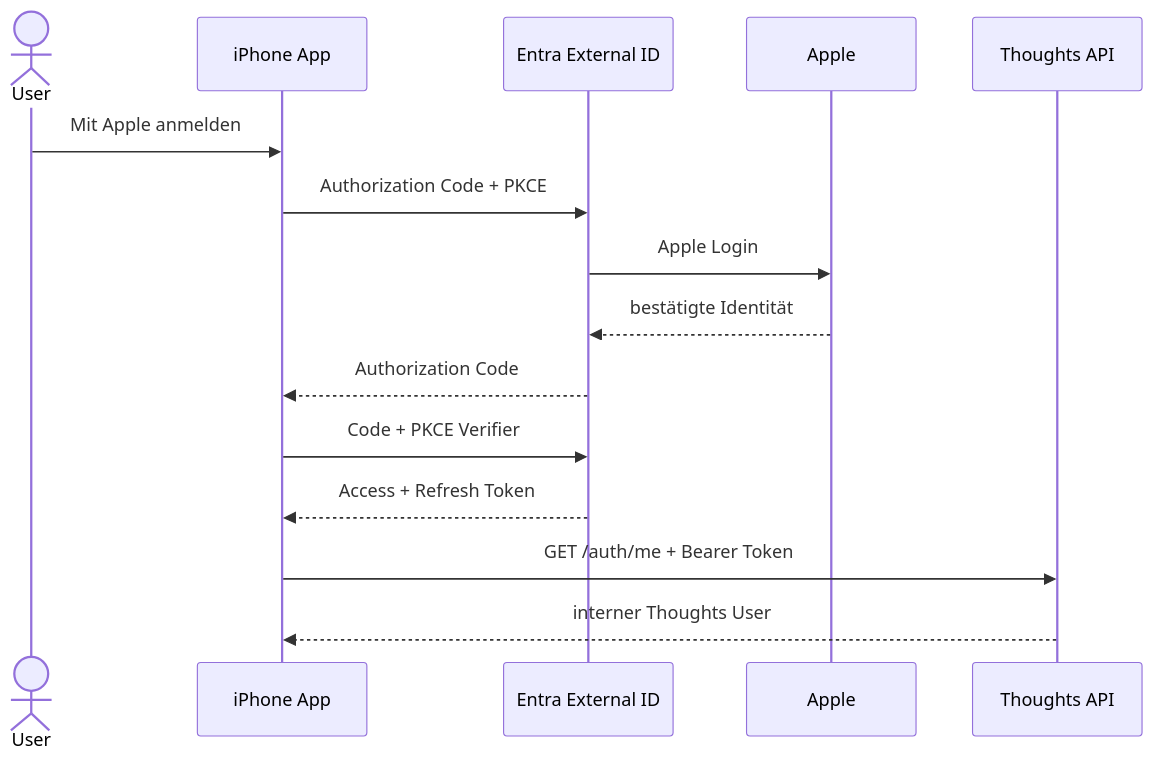
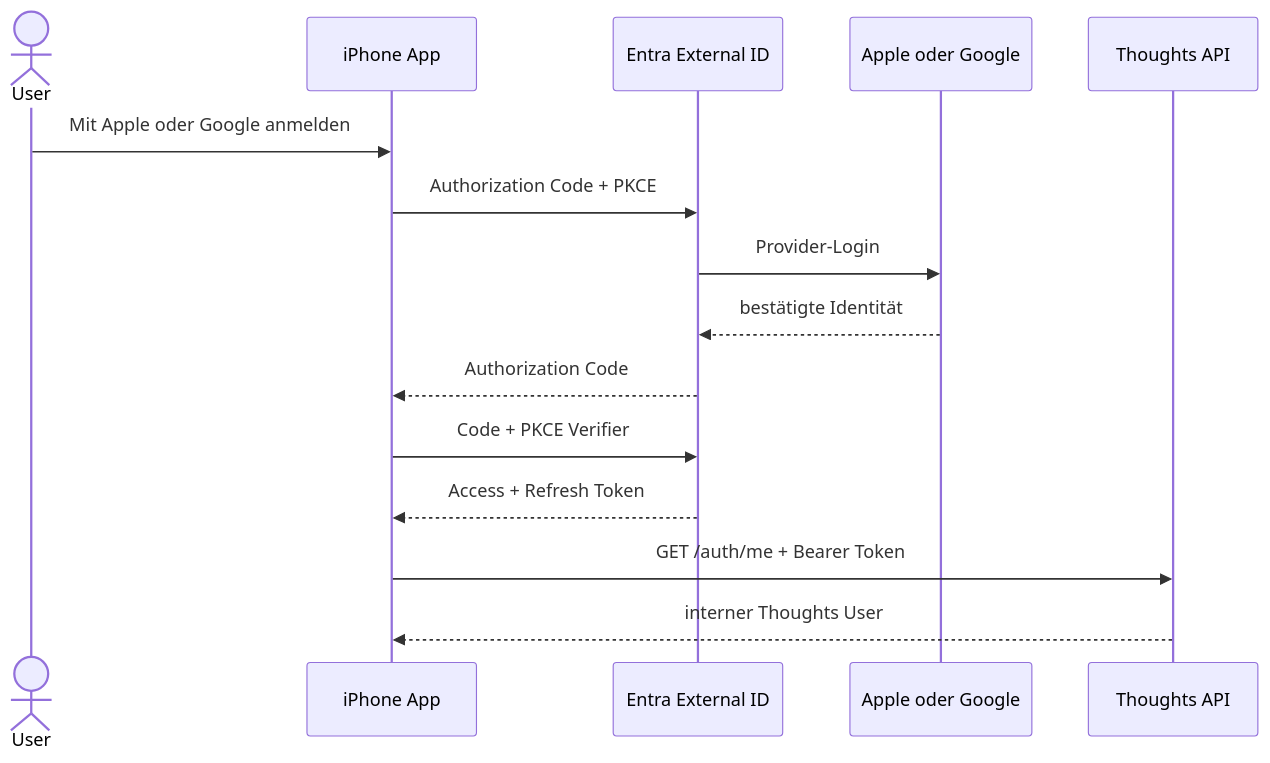
The diagram in artifacts/voice-recorder/docs/auth.md (hawkytawky/thoughts-app), drawn with Mermaid before and after one commit. The commit also changed other lines of this file and 3 other files, not shown here.

````diff
--- a/artifacts/voice-recorder/docs/auth.md
+++ b/artifacts/voice-recorder/docs/auth.md
@@ -11,18 +11,18 @@
 ```mermaid
 sequenceDiagram
     actor User
     participant App as iPhone App
     participant Entra as Entra External ID
-    participant Apple
+    participant Provider as Apple oder Google
     participant API as Thoughts API
 
-    User->>App: Mit Apple anmelden
+    User->>App: Mit Apple oder Google anmelden
     App->>Entra: Authorization Code + PKCE
-    Entra->>Apple: Apple Login
-    Apple-->>Entra: bestätigte Identität
+    Entra->>Provider: Provider-Login
+    Provider-->>Entra: bestätigte Identität
     Entra-->>App: Authorization Code
     App->>Entra: Code + PKCE Verifier
     Entra-->>App: Access + Refresh Token
     App->>API: GET /auth/me + Bearer Token
     API-->>App: interner Thoughts User
 ```
````
